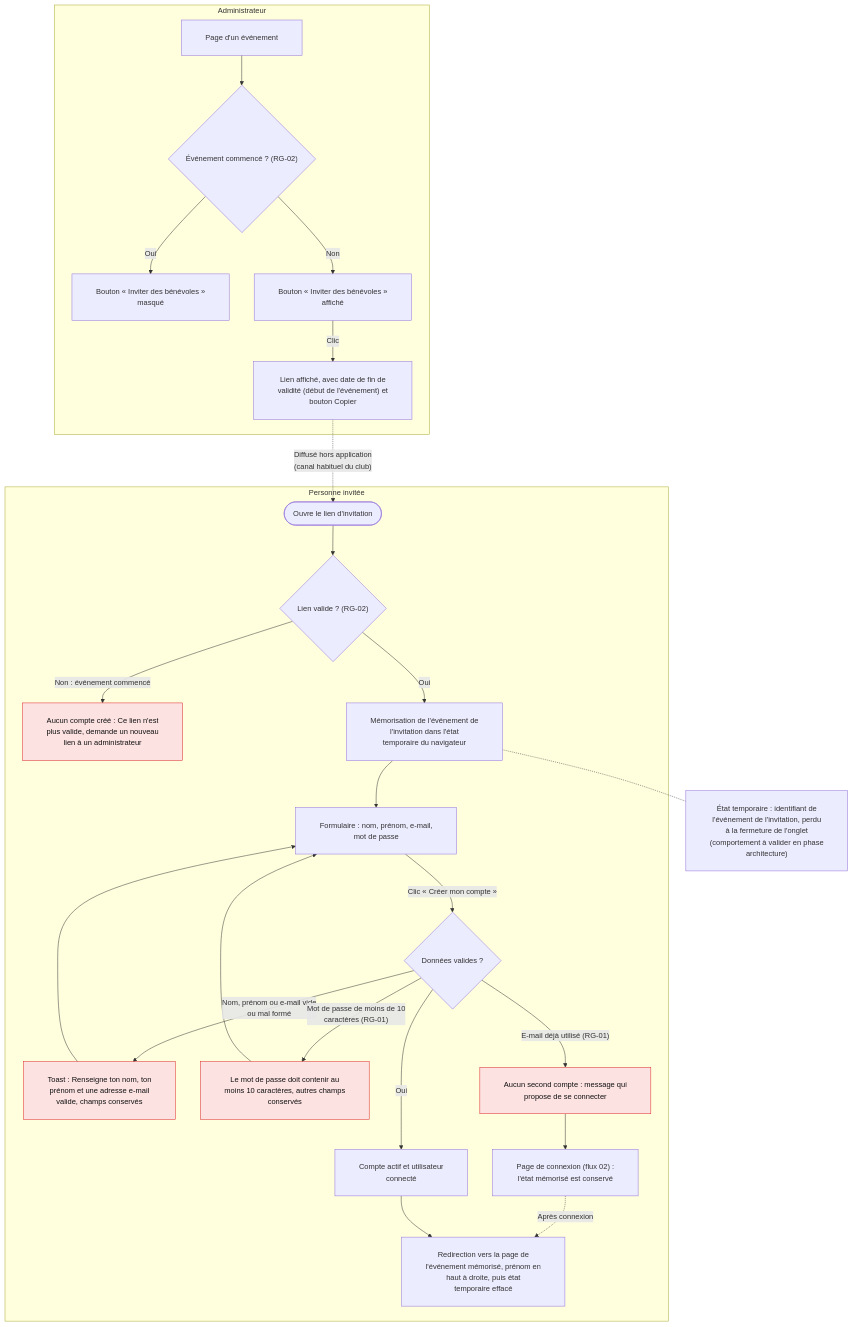
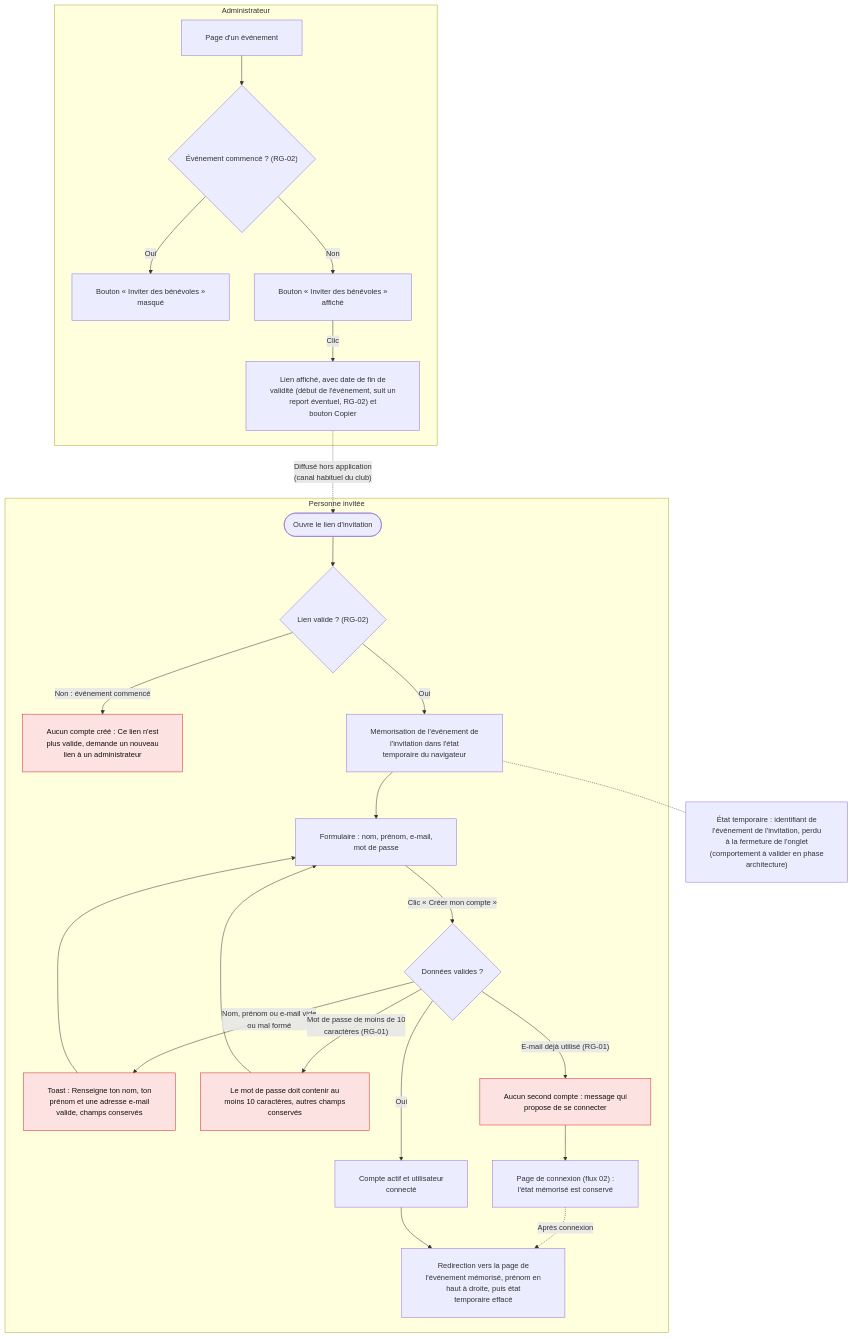
One commit to nathanjouannon/Creno changed the diagram in docs/flows/01-invitation-creation-compte.mmd. Above: the diagram before and after it, drawn with Mermaid. The commit also changed 13 other files, not shown here.

```diff
--- a/docs/flows/01-invitation-creation-compte.mmd
+++ b/docs/flows/01-invitation-creation-compte.mmd
@@ -1,37 +1,37 @@
 %%{init: {"flowchart": {"htmlLabels": true, "wrappingWidth": 360, "padding": 24, "nodeSpacing": 50, "rankSpacing": 60, "curve": "basis"}, "themeVariables": {"fontSize": "15px"}}}%%
 %% Invitation et création de compte (F-01, RG-01, RG-02)
 %% Légende : rectangle = écran, stade = action, losange = décision, rouge = erreur / refus, orange = à confirmer
 flowchart TD
     classDef error fill:#fde2e2,stroke:#dc2626,color:#111
     classDef todo fill:#fff1d6,stroke:#d97706,color:#111
 
     subgraph ADMIN["Administrateur"]
         A1["Page d'un événement"] --> A2{"Événement commencé ? (RG-02)"}
         A2 -->|"Oui"| A3["Bouton « Inviter des bénévoles »<br/>masqué"]
         A2 -->|"Non"| A4["Bouton « Inviter des bénévoles »<br/>affiché"]
-        A4 -->|"Clic"| A5["Lien affiché, avec date de fin de<br/>validité (début de l'événement) et<br/>bouton Copier"]
+        A4 -->|"Clic"| A5["Lien affiché, avec date de fin de<br/>validité (début de l'événement, suit un<br/>report éventuel, RG-02) et<br/>bouton Copier"]
     end
 
     A5 -.->|"Diffusé hors application<br/>(canal habituel du club)"| B0
 
     subgraph INVITE["Personne invitée"]
         B0(["Ouvre le lien d'invitation"]) --> B1{"Lien valide ? (RG-02)"}
         B1 -->|"Non : événement commencé"| B2["Aucun compte créé : Ce lien n'est<br/>plus valide, demande un nouveau<br/>lien à un administrateur"]:::error
         B1 -->|"Oui"| BM["Mémorisation de l'événement de<br/>l'invitation dans l'état<br/>temporaire du navigateur"]
         BM --> B3["Formulaire : nom, prénom, e-mail,<br/>mot de passe"]
         B3 -->|"Clic « Créer mon compte »"| B4{"Données valides ?"}
         B4 -->|"Nom, prénom ou e-mail vide<br/>ou mal formé"| B8["Toast : Renseigne ton nom, ton<br/>prénom et une adresse e-mail<br/>valide, champs conservés"]:::error
         B8 --> B3
         B4 -->|"Mot de passe de moins de 10<br/>caractères (RG-01)"| B5["Le mot de passe doit contenir au<br/>moins 10 caractères, autres champs<br/>conservés"]:::error
         B5 --> B3
         B4 -->|"E-mail déjà utilisé (RG-01)"| B6["Aucun second compte : message qui<br/>propose de se connecter"]:::error
         B6 --> B7["Page de connexion (flux 02) :<br/>l'état mémorisé est conservé"]
         B7 -.->|"Après connexion"| B10
         B4 -->|"Oui"| B9["Compte actif et utilisateur<br/>connecté"]
         B9 --> B10["Redirection vers la page de<br/>l'événement mémorisé, prénom en<br/>haut à droite, puis état<br/>temporaire effacé"]
     end
 
     %% État temporaire : simple mémoire du navigateur (par exemple un store de type Zustand), choix technique laissé à la phase architecture.
     %% Une instance = une association (PRD section 6) : seul l'événement est mémorisé, le club est implicite.
     NOTE["État temporaire : identifiant de<br/>l'événement de l'invitation, perdu<br/>à la fermeture de l'onglet<br/>(comportement à valider en phase<br/>architecture)"]
     BM -.- NOTE
```
